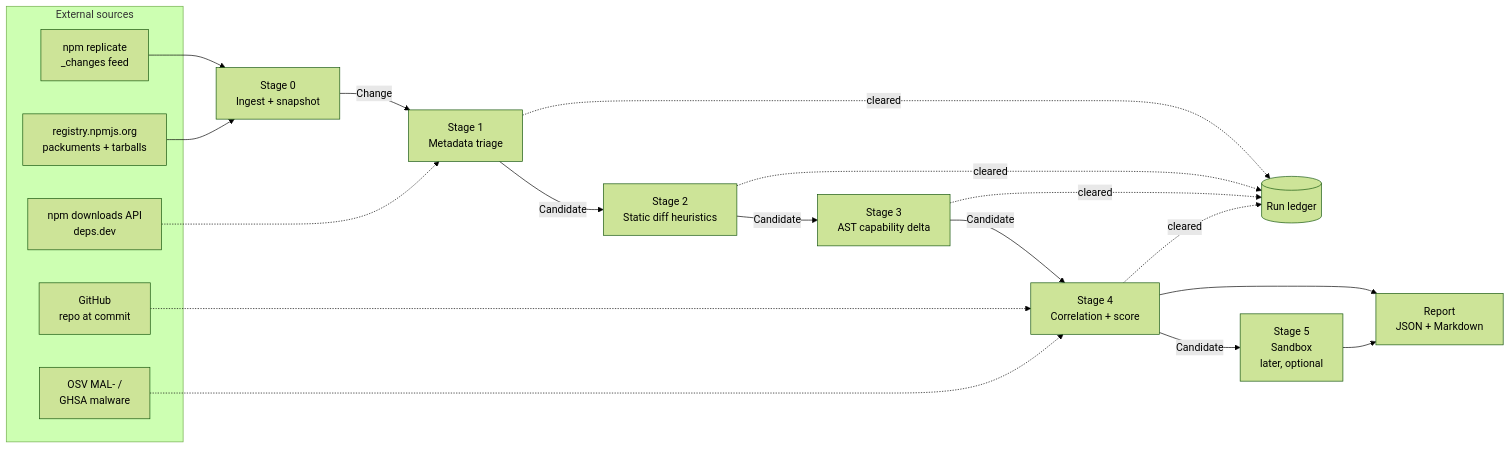
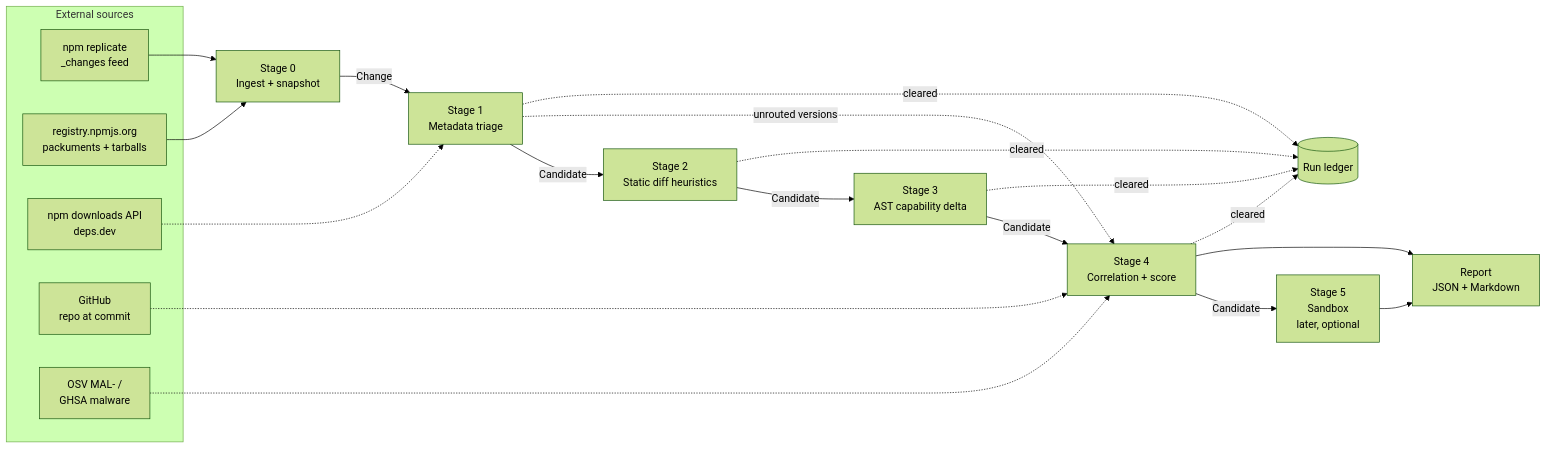
The diagram in docs/architecture.md (TheStair/kitsunox), drawn with Mermaid (forest theme) before and after one commit. The commit also changed other lines of this file and 31 other files, not shown here.

````diff
--- a/docs/architecture.md
+++ b/docs/architecture.md
@@ -10,28 +10,29 @@
 ```mermaid
 flowchart LR
     subgraph sources[External sources]
         CF[npm replicate<br/>_changes feed]
         REG[registry.npmjs.org<br/>packuments + tarballs]
         POP[npm downloads API<br/>deps.dev]
         GH[GitHub<br/>repo at commit]
         OSV[OSV MAL- /<br/>GHSA malware]
     end
 
     CF --> S0
     REG --> S0
     S0[Stage 0<br/>Ingest + snapshot] -->|Change| S1[Stage 1<br/>Metadata triage]
     POP -.-> S1
     S1 -->|Candidate| S2[Stage 2<br/>Static diff heuristics]
     S2 -->|Candidate| S3[Stage 3<br/>AST capability delta]
     S3 -->|Candidate| S4[Stage 4<br/>Correlation + score]
+    S1 -.unrouted versions.-> S4
     GH -.-> S4
     OSV -.-> S4
     S4 -->|Candidate| S5[Stage 5<br/>Sandbox<br/>later, optional]
     S4 --> R[Report<br/>JSON + Markdown]
     S5 --> R
 
     S1 -.cleared.-> L[(Run ledger)]
     S2 -.cleared.-> L
     S3 -.cleared.-> L
     S4 -.cleared.-> L
 ```
````
